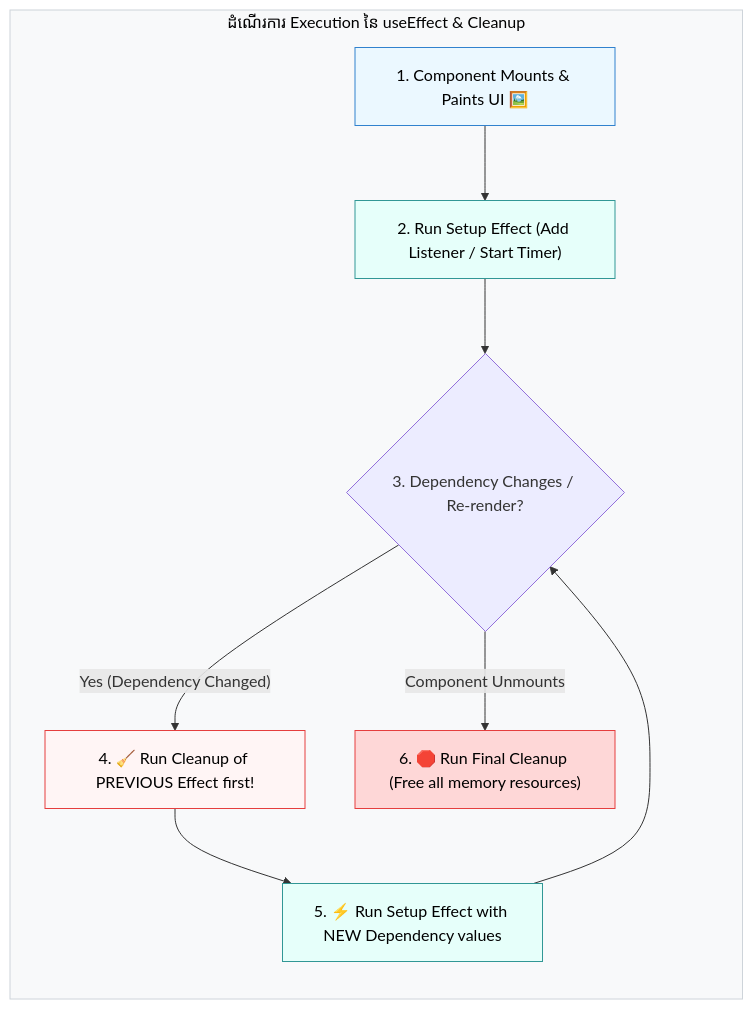
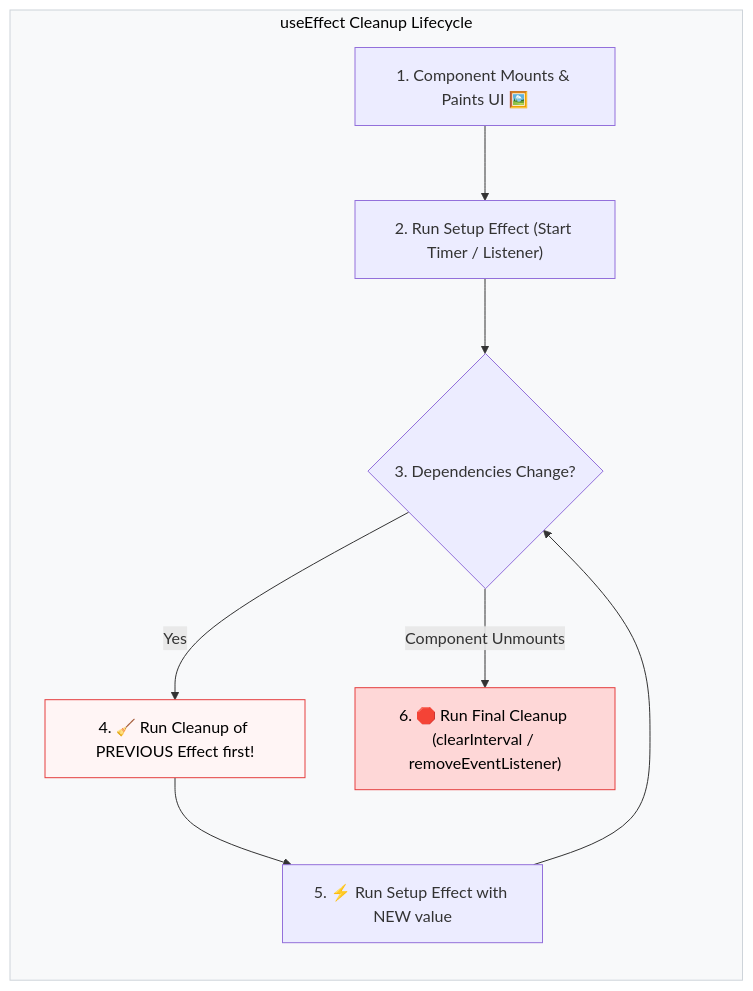
One commit to Ari-ICU/full-stack-short-coures changed the diagram in src/courses/react/module-4-useeffect/03-cleanup-function-memory.mdx. Above: the diagram before and after it, drawn with Mermaid. The commit also changed other lines of this file and 52 other files, not shown here.

````diff
--- a/src/courses/react/module-4-useeffect/03-cleanup-function-memory.mdx
+++ b/src/courses/react/module-4-useeffect/03-cleanup-function-memory.mdx
@@ -37,21 +25,18 @@
 ```mermaid
 flowchart TD
-    subgraph Lifecycle["ដំណើរការ Execution នៃ useEffect & Cleanup"]
+    subgraph Lifecycle["useEffect Cleanup Lifecycle"]
         direction TB
-        M1["1. Component Mounts & Paints UI 🖼️"] --> M2["2. Run Setup Effect (Add Listener / Start Timer)"]
-        M2 --> M3{"3. Dependency Changes / Re-render?"}
+        M1["1. Component Mounts & Paints UI 🖼️"] --> M2["2. Run Setup Effect (Start Timer / Listener)"]
+        M2 --> M3{"3. Dependencies Change?"}
         
-        M3 -->|"Yes (Dependency Changed)"| M4["4. 🧹 Run Cleanup of PREVIOUS Effect first!"]
-        M4 --> M5["5. ⚡ Run Setup Effect with NEW Dependency values"]
+        M3 -->|"Yes"| M4["4. 🧹 Run Cleanup of PREVIOUS Effect first!"]
+        M4 --> M5["5. ⚡ Run Setup Effect with NEW value"]
         M5 --> M3
 
-        M3 -->|"Component Unmounts"| M6["6. 🛑 Run Final Cleanup (Free all memory resources)"]
+        M3 -->|"Component Unmounts"| M6["6. 🛑 Run Final Cleanup (clearInterval / removeEventListener)"]
     end
 
     style Lifecycle fill:#f8f9fa,stroke:#ced4da,color:#000
-    style M1 fill:#ebf8ff,stroke:#3182ce,color:#000
-    style M2 fill:#e6fffa,stroke:#319795,color:#000
     style M4 fill:#fff5f5,stroke:#e53e3e,color:#000
-    style M5 fill:#e6fffa,stroke:#319795,color:#000
     style M6 fill:#fed7d7,stroke:#e53e3e,color:#000
 ```
````
